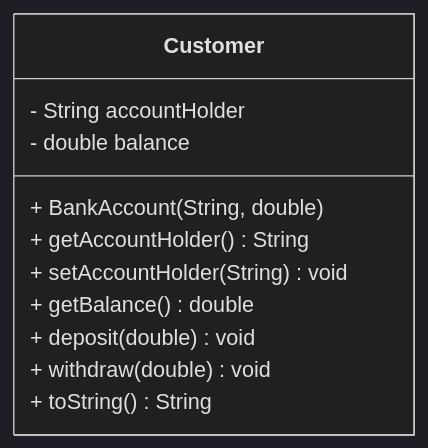
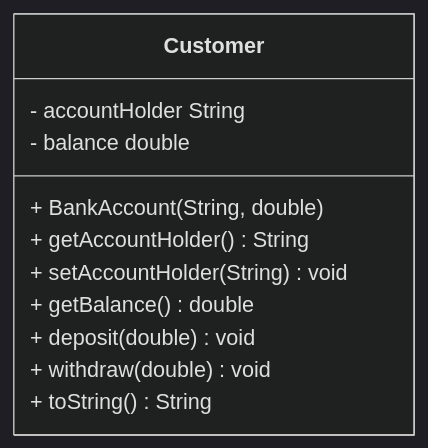
Before and after one commit to jayani-athukorala/java-oop-exercise: the first of 5 diagrams in README.md, drawn with Mermaid (dark theme). The commit also changed other lines of this file, not shown here.

Commit message:
format uml diagrams

````diff
--- a/README.md
+++ b/README.md
@@ -25,14 +25,14 @@
 ```mermaid
 classDiagram
     class Customer {
-        - String accountHolder
-        - double balance  
+        - accountHolder String
+        - balance double
         + BankAccount(String, double)
         + getAccountHolder() String
         + setAccountHolder(String) void
         + getBalance() double
         + deposit(double) void
         + withdraw(double) void 
         + toString() String 
     }
 ```
````
